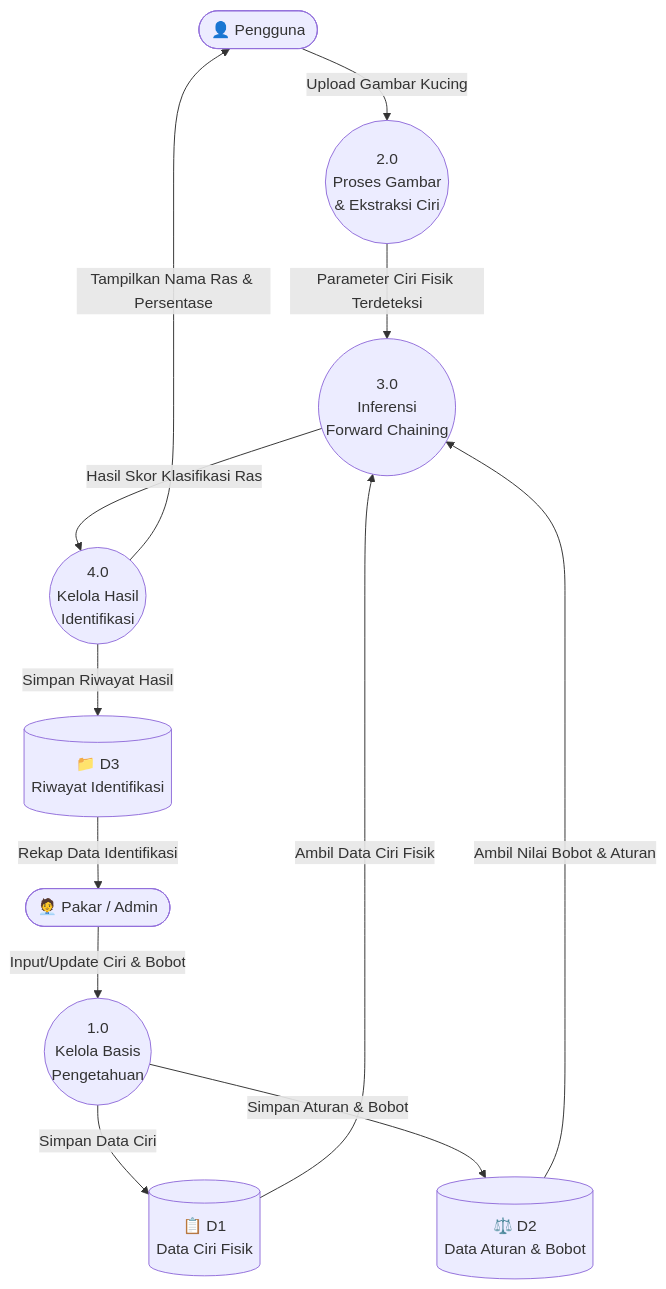
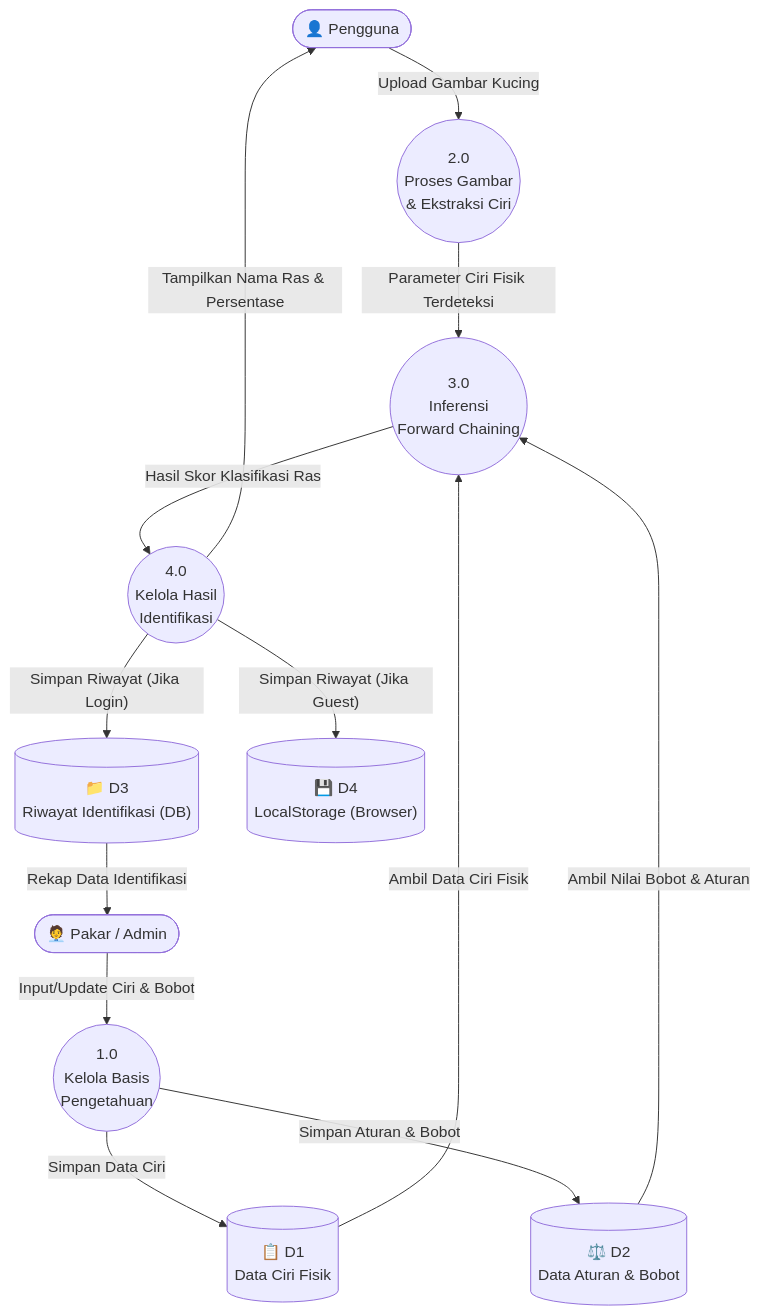
Before and after one commit to bimoBintang/identifikasi-ras-kucing: the second of 3 diagrams in DFD.md, drawn with Mermaid. The commit also changed other lines of this file and 1 other file, not shown here.

Commit message:
docs: support guest mode with localstorage

````diff
--- a/DFD.md
+++ b/DFD.md
@@ -31,36 +31,38 @@
 ```mermaid
 graph TD
     %% === Entitas Luar ===
     User(["👤 Pengguna"])
     Admin(["🧑‍💼 Pakar / Admin"])
 
     %% === Proses Utama ===
     P1(("1.0\nKelola Basis\nPengetahuan"))
     P2(("2.0\nProses Gambar\n& Ekstraksi Ciri"))
     P3(("3.0\nInferensi\nForward Chaining"))
     P4(("4.0\nKelola Hasil\nIdentifikasi"))
 
     %% === Data Store ===
     D1[("📋 D1\nData Ciri Fisik")]
     D2[("⚖️ D2\nData Aturan & Bobot")]
-    D3[("📁 D3\nRiwayat Identifikasi")]
+    D3[("📁 D3\nRiwayat Identifikasi (DB)")]
+    D4[("💾 D4\nLocalStorage (Browser)")]
 
     %% === Aliran Data: Admin → Kelola Pengetahuan ===
     Admin -- "Input/Update Ciri & Bobot" --> P1
     P1 -- "Simpan Data Ciri" --> D1
     P1 -- "Simpan Aturan & Bobot" --> D2
 
     %% === Aliran Data: Pengguna → Ekstraksi ===
     User -- "Upload Gambar Kucing" --> P2
     P2 -- "Parameter Ciri Fisik Terdeteksi" --> P3
 
     %% === Aliran Data: Inferensi ===
     D1 -- "Ambil Data Ciri Fisik" --> P3
     D2 -- "Ambil Nilai Bobot & Aturan" --> P3
     P3 -- "Hasil Skor Klasifikasi Ras" --> P4
 
     %% === Aliran Data: Hasil ===
-    P4 -- "Simpan Riwayat Hasil" --> D3
+    P4 -- "Simpan Riwayat (Jika Login)" --> D3
+    P4 -- "Simpan Riwayat (Jika Guest)" --> D4
     P4 -- "Tampilkan Nama Ras & Persentase" --> User
     D3 -- "Rekap Data Identifikasi" --> Admin
 ```
````
